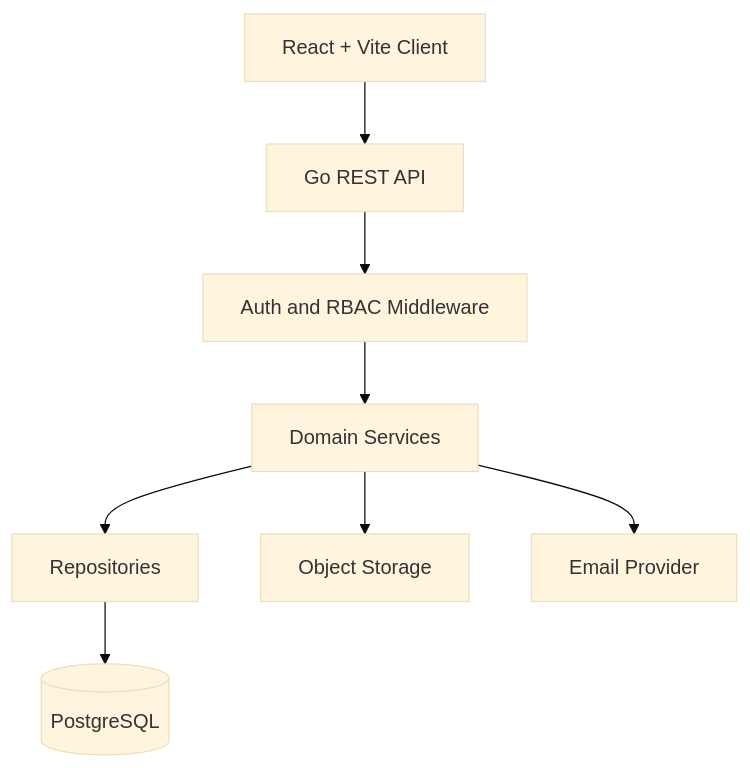
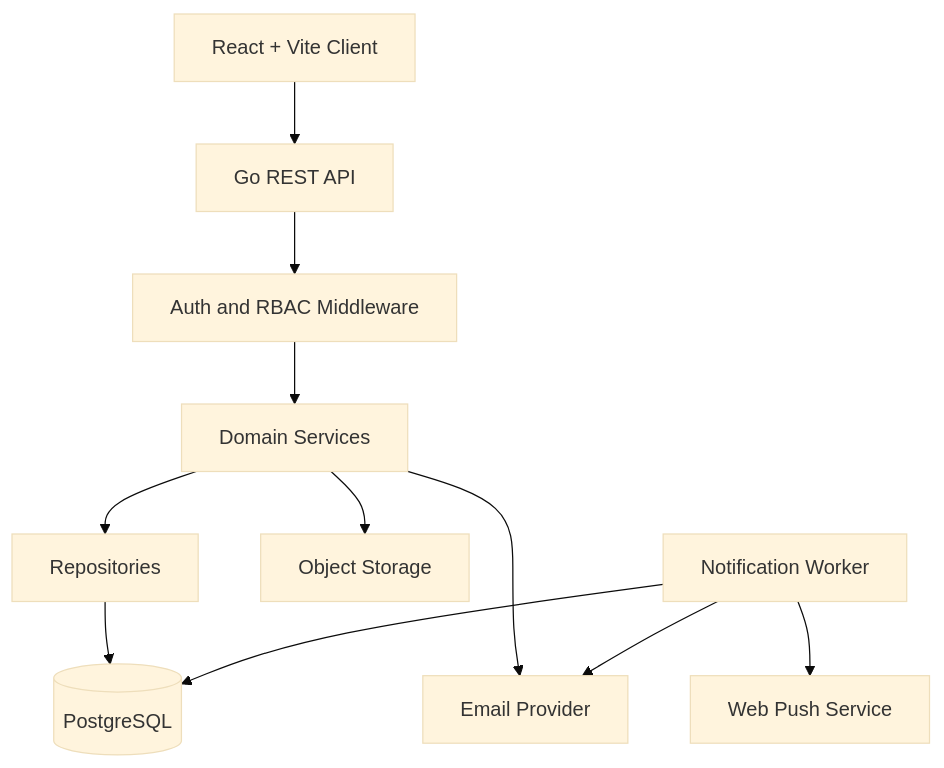
The first of 2 diagrams in docs/architecture.md (AbhishekBalija/Links), drawn with Mermaid (base theme) before and after one commit. The commit also changed other lines of this file and 12 other files, not shown here.

Commit message:
feat-doc-update: implement multi-channel notification system with in-app, email, and web push support

````diff
--- a/docs/architecture.md
+++ b/docs/architecture.md
@@ -11,19 +11,24 @@
 ```mermaid
 flowchart TB
     Client[React + Vite Client]
     API[Go REST API]
     Auth[Auth and RBAC Middleware]
     Domain[Domain Services]
     Repo[Repositories]
     DB[(PostgreSQL)]
     Storage[Object Storage]
     Email[Email Provider]
+    Push[Web Push Service]
+    Worker[Notification Worker]
 
     Client --> API
     API --> Auth
     Auth --> Domain
     Domain --> Repo
     Repo --> DB
     Domain --> Storage
     Domain --> Email
+    Worker --> DB
+    Worker --> Email
+    Worker --> Push
 ```
````
